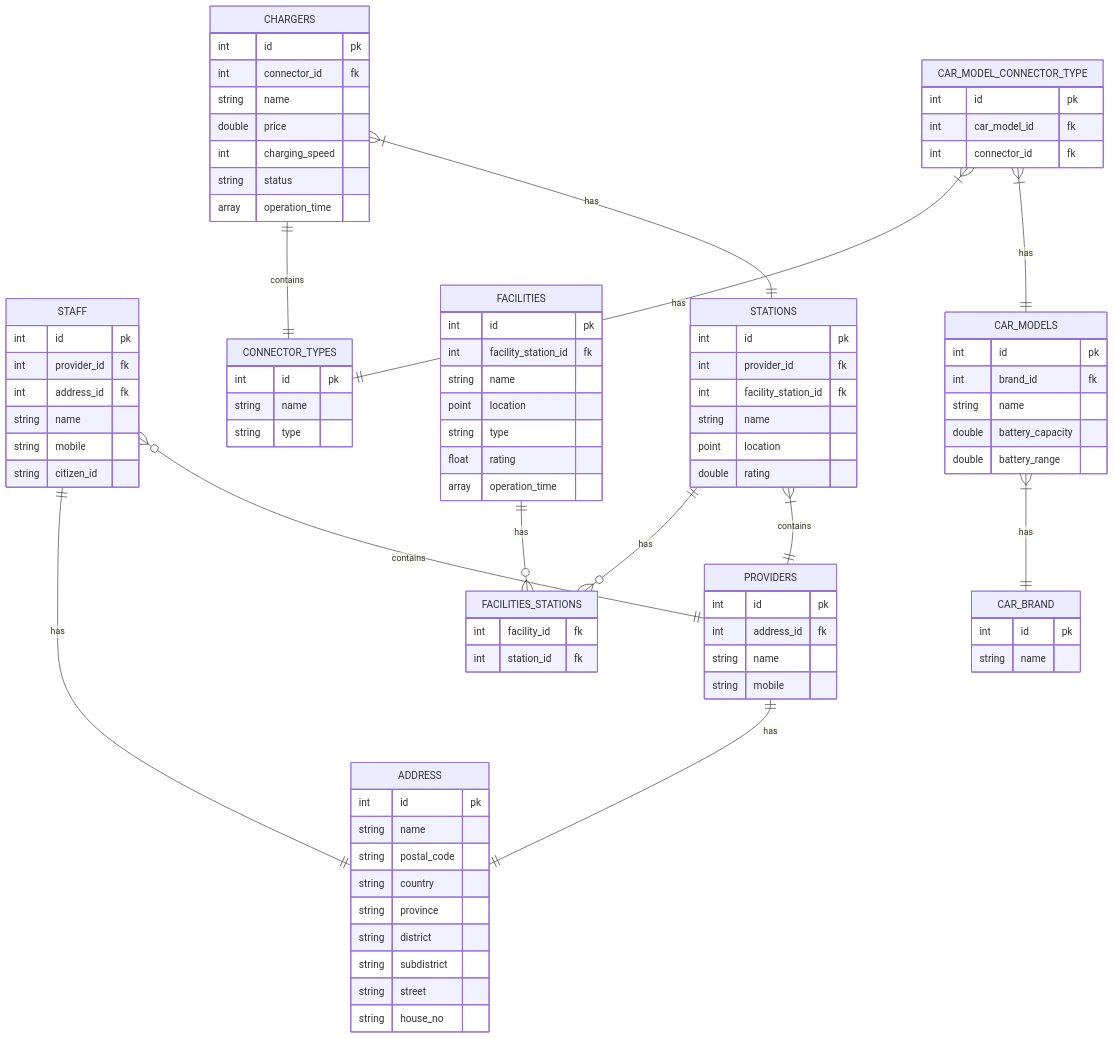
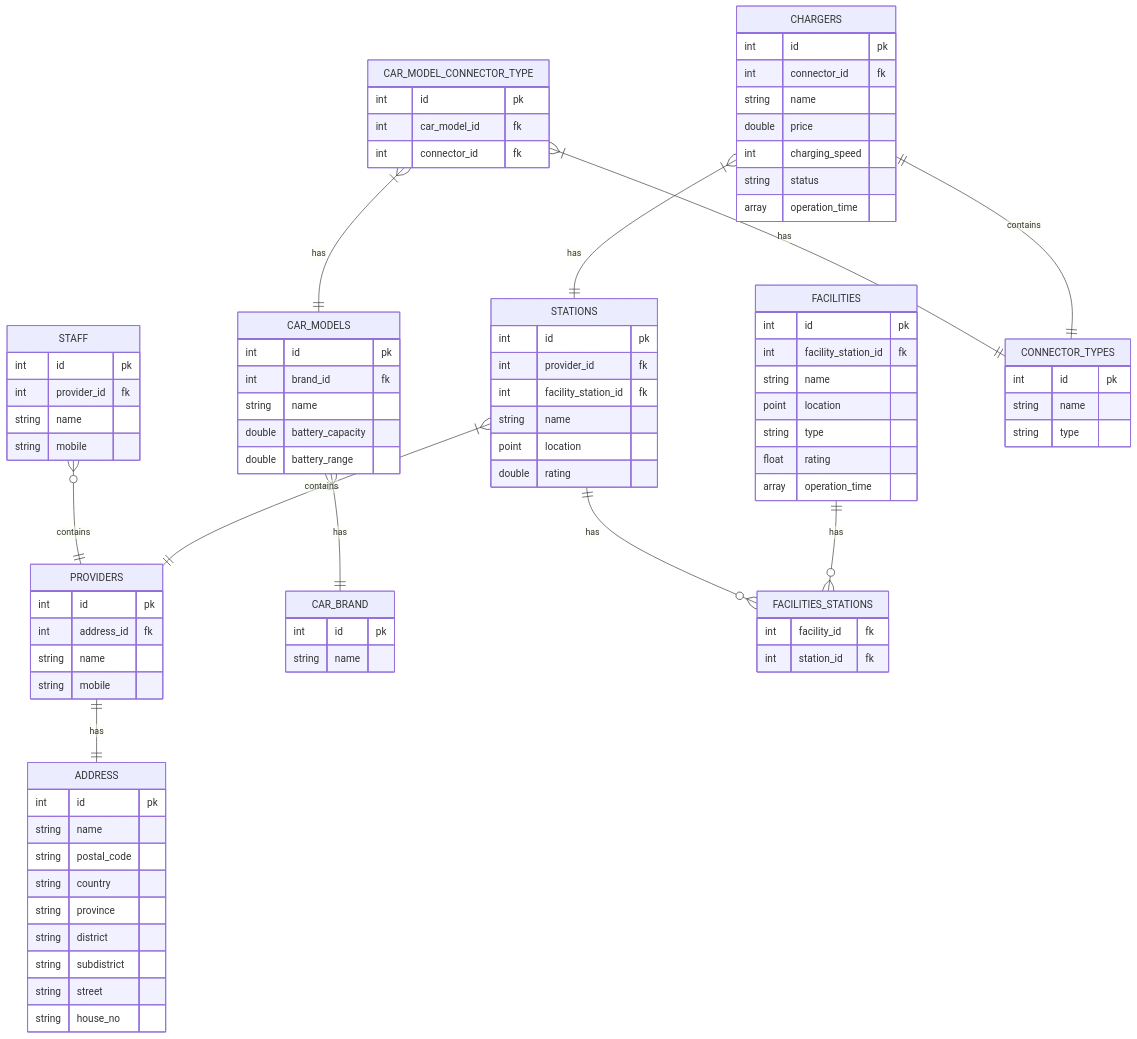
The diagram in db.md (ongzasad/ev-trip-planner), drawn with Mermaid before and after one commit.

Commit message:
remove unneccessary attribute

````diff
--- a/db.md
+++ b/db.md
@@ -2,12 +2,10 @@
 ```mermaid
-        erDiagram
+    erDiagram
         STAFF {
             int id pk
             int provider_id fk
-            int address_id fk
             string name
             string mobile
-            string citizen_id
         }
         PROVIDERS {
             int id pk
@@ -83,7 +81,6 @@
         STATIONS ||--o{ FACILITIES_STATIONS : has
         FACILITIES ||--o{ FACILITIES_STATIONS : has
         CHARGERS |{--|| STATIONS : has
-        STAFF ||--|| ADDRESS : has
         PROVIDERS ||--|| ADDRESS : has
         CAR_MODEL_CONNECTOR_TYPE |{--|| CAR_MODELS : has
         CAR_MODEL_CONNECTOR_TYPE |{--|| CONNECTOR_TYPES : has
````
